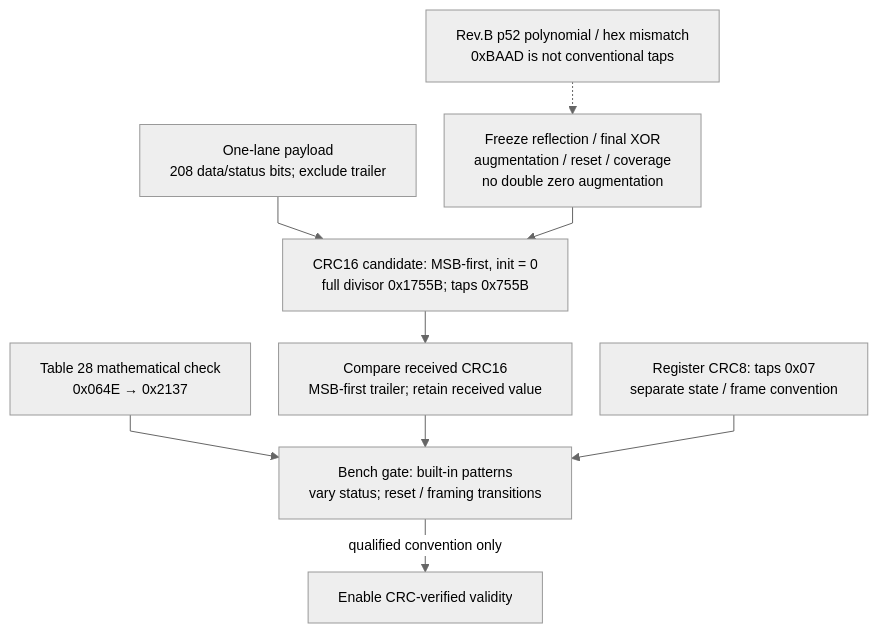
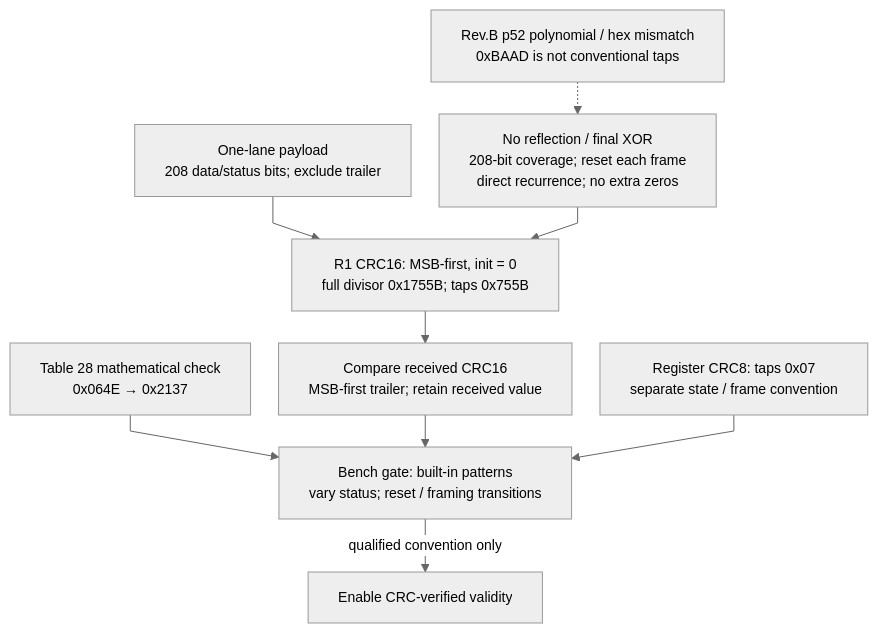
One commit to baolgn/DRG-pain-project changed diagram 15 of 27 in microcontroller/acquisition/README.md. Above: the diagram before and after it, drawn with Mermaid. The commit also changed other lines of this file and 19 other files, not shown here.

````diff
--- a/microcontroller/acquisition/README.md
+++ b/microcontroller/acquisition/README.md
@@ -339,12 +344,12 @@
 ```mermaid
 %%{init: {"theme":"neutral","themeVariables":{"fontFamily":"Arial,sans-serif","fontSize":"14px"},"flowchart":{"htmlLabels":true,"minNodeWidth":0,"wrappingWidth":240,"nodeSpacing":28,"rankSpacing":32,"curve":"linear"}}}%%
 flowchart TB
-    WIRE["One-lane payload<br/>208 data/status bits; exclude trailer"] --> CRC["CRC16 candidate: MSB-first, init = 0<br/>full divisor 0x1755B; taps 0x755B"]
+    WIRE["One-lane payload<br/>208 data/status bits; exclude trailer"] --> CRC["R1 CRC16: MSB-first, init = 0<br/>full divisor 0x1755B; taps 0x755B"]
     CRC --> MATCH["Compare received CRC16<br/>MSB-first trailer; retain received value"]
-    SPEC["Freeze reflection / final XOR<br/>augmentation / reset / coverage<br/>no double zero augmentation"] --> CRC
+    SPEC["No reflection / final XOR<br/>208-bit coverage; reset each frame<br/>direct recurrence; no extra zeros"] --> CRC
     EX["Table 28 mathematical check<br/>0x064E → 0x2137"] --> QUAL["Bench gate: built-in patterns<br/>vary status; reset / framing transitions"]
     MATCH --> QUAL
     QUAL -->|"qualified convention only"| PASS["Enable CRC-verified validity"]
     ISSUE["Rev.B p52 polynomial / hex mismatch<br/>0xBAAD is not conventional taps"] -.-> SPEC
     REG["Register CRC8: taps 0x07<br/>separate state / frame convention"] --> QUAL
 ```
````
